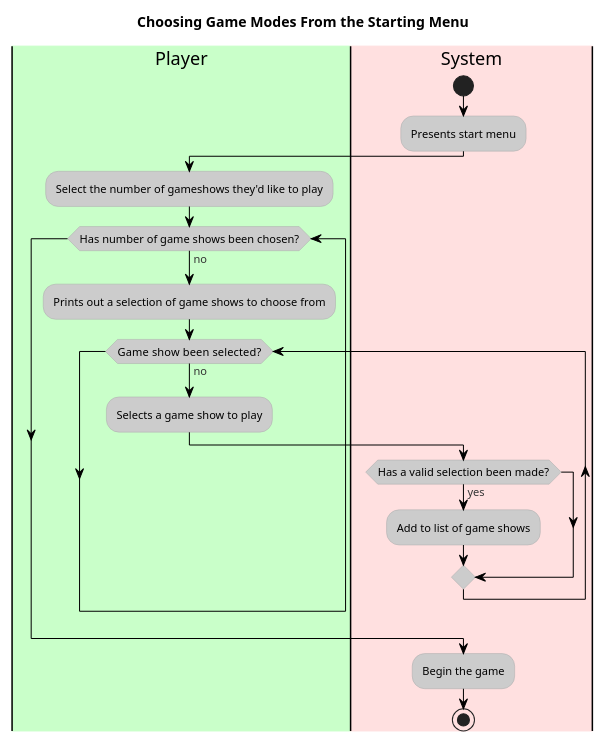
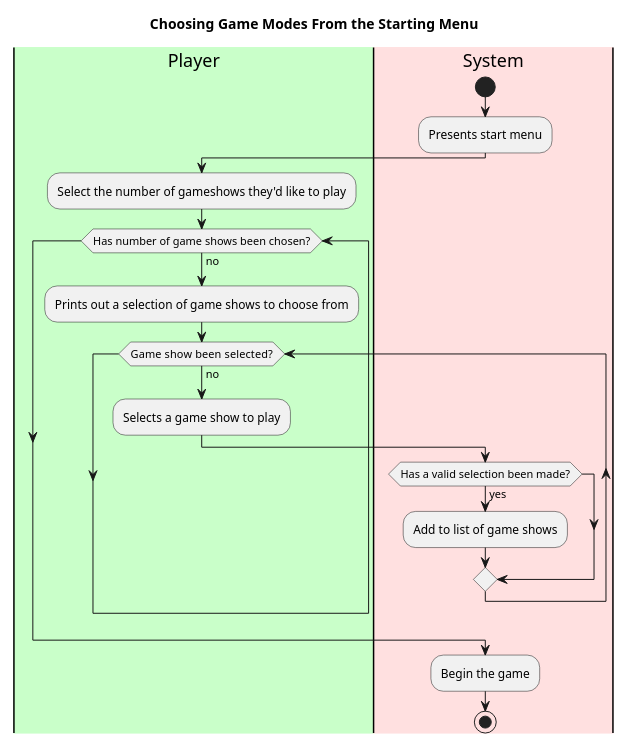
Before and after one commit to aczar09/Trivia-Game-Android: the second of 2 diagrams in doc/use-cases/use-cases-brief.md, drawn with PlantUML. The commit also changed other lines of this file, not shown here.

Commit message:
Updated UML diagrams

````diff
--- a/doc/use-cases/use-cases-brief.md
+++ b/doc/use-cases/use-cases-brief.md
@@ -150,31 +146,29 @@
 ```plantuml
 @startuml
-!theme reddress-lightred
 scale max 600 height
 title Choosing Game Modes From the Starting Menu
 'define swimlanes
 |#technology|Player|
 |#implementation|System|
 |System|
 start
 :Presents start menu;
 |Player|
 :Select the number of gameshows they'd like to play;
 while(Has number of game shows been chosen?) is (no)
 :Prints out a selection of game shows to choose from;
 while(Game show  been selected?) is (no)
 :Selects a game show to play;
 |System|
 if(Has a valid selection been made?) then (yes)
-
 :Add to list of game shows;
 endif
 end while
 endwhile
-
+|System|
 :Begin the game;
 stop
 
 @enduml
 [use-cases-brief.md](use-cases-brief.md)
 ```
````
